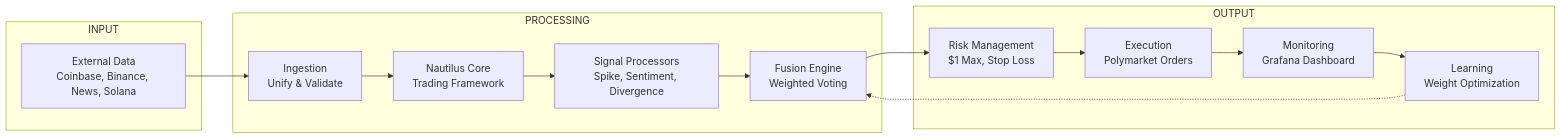
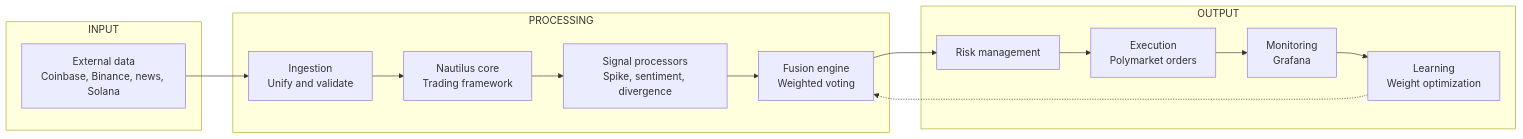
Before and after one commit to 0xzkleo/polymarket-5min-crypto-trading-bot: the diagram in README.md, drawn with Mermaid. The commit also changed other lines of this file and 10 other files, not shown here.

````diff
--- a/README.md
+++ b/README.md
@@ -52,23 +51,23 @@
 ```mermaid
- flowchart LR
+flowchart LR
     subgraph Input[INPUT]
-        D[External Data<br/>Coinbase, Binance, News, Solana]
+        D[External data<br/>Coinbase, Binance, news, Solana]
     end
-    
+
     subgraph Process[PROCESSING]
-        I[Ingestion<br/>Unify & Validate]
-        N[Nautilus Core<br/>Trading Framework]
-        S[Signal Processors<br/>Spike, Sentiment, Divergence]
-        F[Fusion Engine<br/>Weighted Voting]
+        I[Ingestion<br/>Unify and validate]
+        N[Nautilus core<br/>Trading framework]
+        S[Signal processors<br/>Spike, sentiment, divergence]
+        F[Fusion engine<br/>Weighted voting]
     end
-    
+
     subgraph Output[OUTPUT]
-        R[Risk Management<br/>$1 Max, Stop Loss]
-        E[Execution<br/>Polymarket Orders]
-        M[Monitoring<br/>Grafana Dashboard]
-        L[Learning<br/>Weight Optimization]
+        R[Risk management]
+        E[Execution<br/>Polymarket orders]
+        M[Monitoring<br/>Grafana]
+        L[Learning<br/>Weight optimization]
     end
-    
+
     D --> I --> N --> S --> F --> R --> E --> M --> L
     L -.-> F
 ```
````
